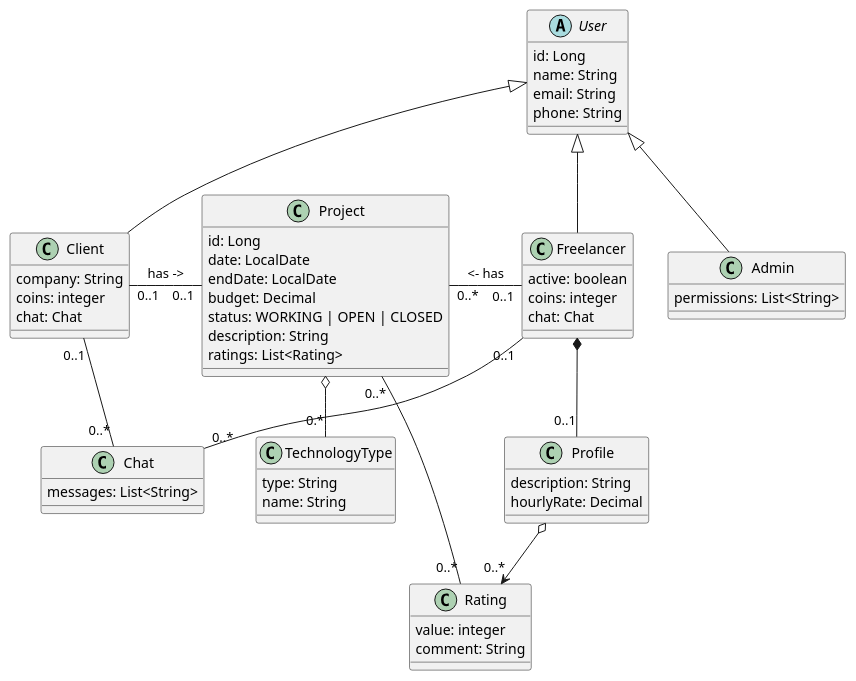
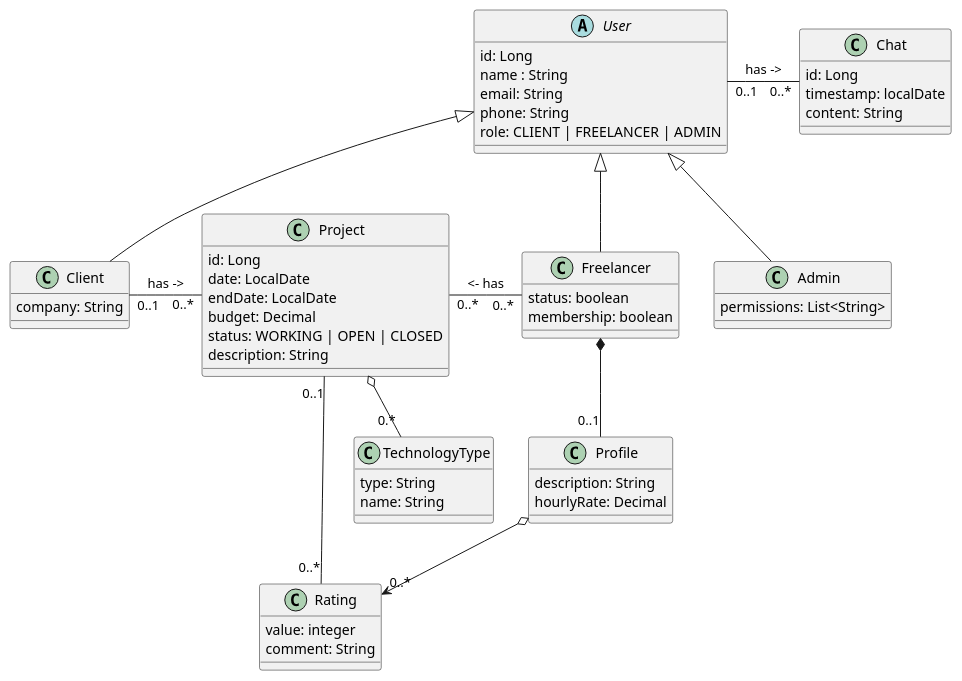
Before and after one commit to Pesagniya/privatevoid: the diagram in docs/modeloconceitual2.puml, drawn with PlantUML.

```diff
--- a/docs/modeloconceitual2.puml
+++ b/docs/modeloconceitual2.puml
@@ -1,66 +1,67 @@
 @startuml
 abstract class User {
     id: Long
-    name: String
+    name : String
     email: String
     phone: String
+    role: CLIENT | FREELANCER | ADMIN
 }   
 
 class Freelancer {
-    active: boolean 
-    coins: integer
-    chat: Chat
+    status: boolean 
+    membership: boolean
+}
+
+class Chat {
+    id: Long
+    timestamp: localDate
+    content: String
 }
 
 class Client {
-    company: String
-    coins: integer
-    chat: Chat
+     company: String
 }
+
 
 class TechnologyType {
     type: String
     name: String
 }
+
 
 class Project {
     id: Long
     date: LocalDate
     endDate: LocalDate
     budget: Decimal
     status: WORKING | OPEN | CLOSED
     description: String
-    ratings: List<Rating>
+
 }
 
 class Profile {
     description: String
     hourlyRate: Decimal
 }
 
 class Rating {
     value: integer
     comment: String
 }
 
+
 class Admin {
     permissions: List<String>
 }
 
-class Chat {
-    messages: List<String>
-}
-
-User <|-- Client
-User <|-- Freelancer
-User <|-- Admin
-
-Project o-- "0.*" TechnologyType
-Project "0..1" -l- "0..1" Client : has ->
-Project "0..*" -r- "0..1" Freelancer : <- has
+User              <|--             Client
+User              <|--             Freelancer
+User              <|--             Admin
+Project      o--  "0.*"   TechnologyType
+Project "0..*"   -l-     "0..1"  Client            : has ->
+Project "0..*"   -r-     "0..*"  Freelancer      : <- has
 Freelancer *-- "0..1" Profile
+Chat "0..*"   -l-     "0..1"  User            : has ->
 Profile o--> "0..*" Rating
-Project "0..*" -- "0..*" Rating
-Freelancer "0..1" -- "0..*" Chat
-Client "0..1" -- "0..*" Chat
+Project "0..1" -r- "0..*" Rating
 @enduml
```
